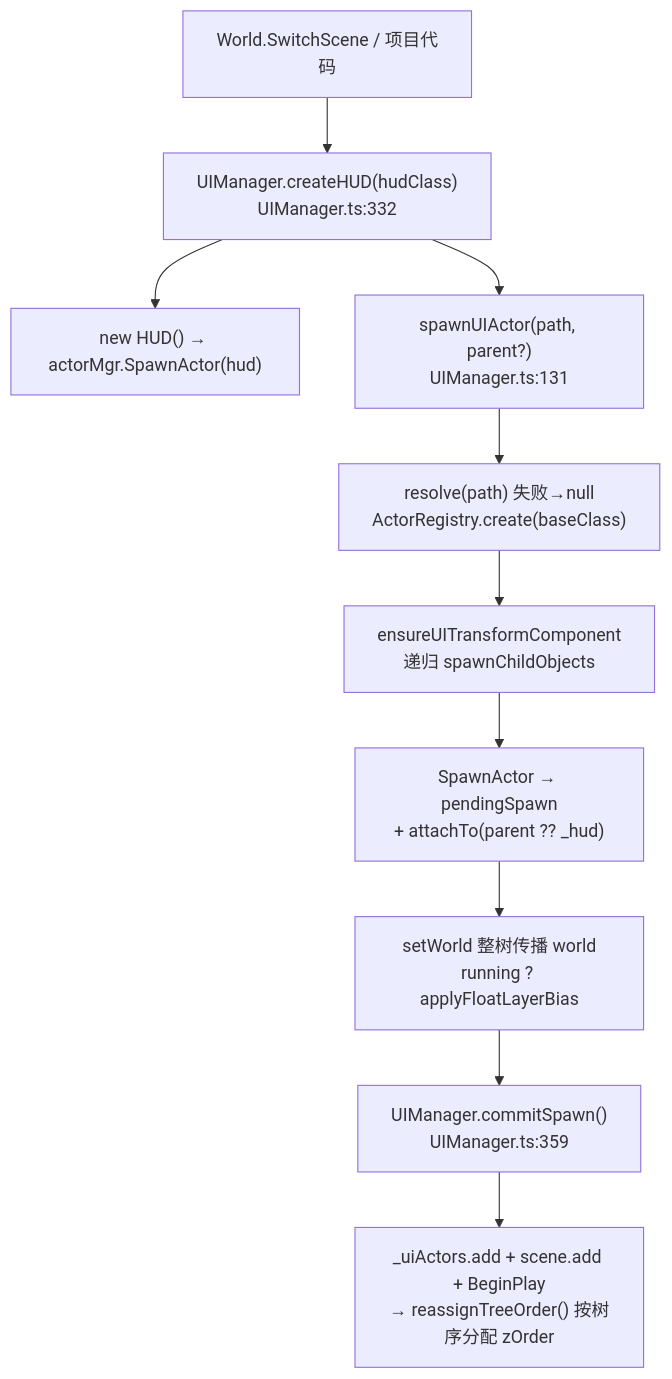
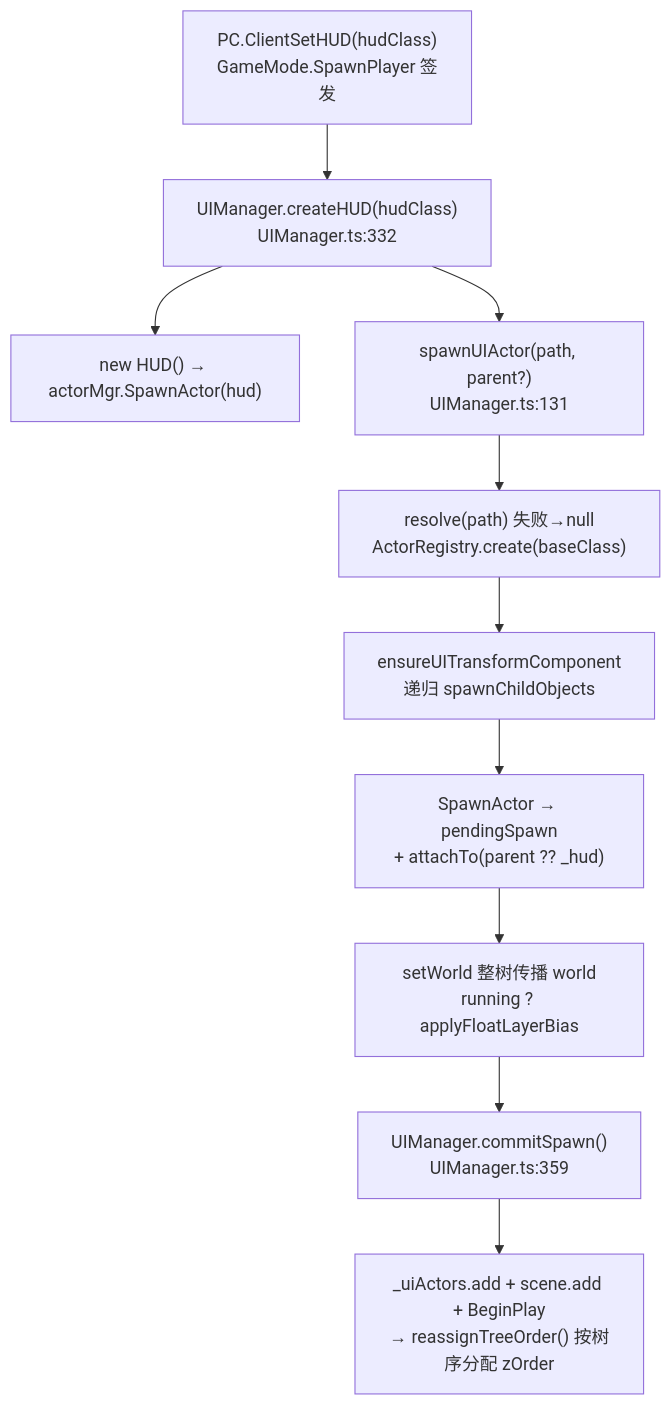
One commit to Kaplc/DemoStudio changed the first of 2 diagrams in doc/engine/ui_system.md. Above: the diagram before and after it, drawn with Mermaid. The commit also changed other lines of this file and 74 other files, not shown here.

Commit message:
docs: 更新 HUD 创建权移交 PlayerController 相关文档

````diff
--- a/doc/engine/ui_system.md
+++ b/doc/engine/ui_system.md
@@ -67,12 +67,12 @@
 ```mermaid
 flowchart TD
-    A["World.SwitchScene / 项目代码"] --> B["UIManager.createHUD(hudClass)<br/>UIManager.ts:332"]
+    A["PC.ClientSetHUD(hudClass)<br/>GameMode.SpawnPlayer 签发"] --> B["UIManager.createHUD(hudClass)<br/>UIManager.ts:332"]
     B --> B1["new HUD() → actorMgr.SpawnActor(hud)"]
     B --> C["spawnUIActor(path, parent?)<br/>UIManager.ts:131"]
     C --> C1["resolve(path) 失败→null<br/>ActorRegistry.create(baseClass)"]
     C1 --> C3["ensureUITransformComponent<br/>递归 spawnChildObjects"]
     C3 --> C4["SpawnActor → pendingSpawn<br/>+ attachTo(parent ?? _hud)"]
     C4 --> C5["setWorld 整树传播 world<br/>running ? applyFloatLayerBias"]
     C5 --> D["UIManager.commitSpawn()<br/>UIManager.ts:359"]
     D --> D1["_uiActors.add + scene.add + BeginPlay<br/>→ reassignTreeOrder() 按树序分配 zOrder"]
 ```
````
